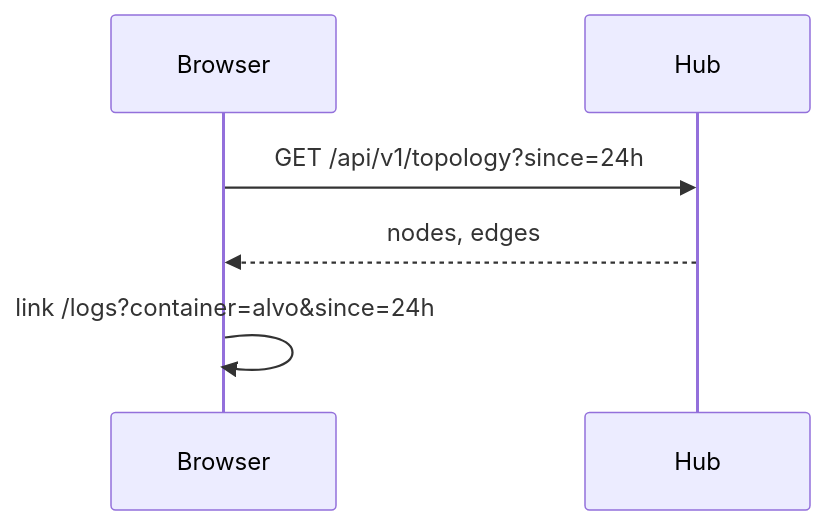
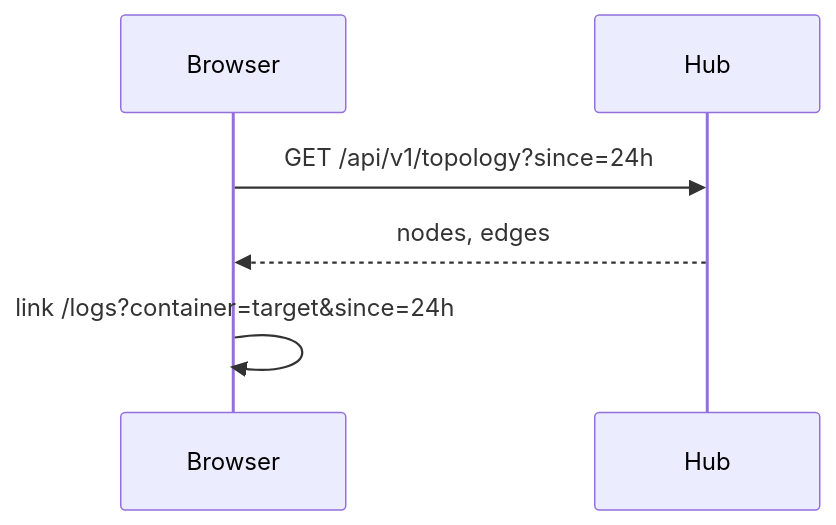
One commit to HarryRaddatz/argus-observability changed the third of 4 diagrams in docs/flows/ui-panel.md. Above: the diagram before and after it, drawn with Mermaid. The commit also changed other lines of this file and 89 other files, not shown here.

````diff
--- a/docs/flows/ui-panel.md
+++ b/docs/flows/ui-panel.md
@@ -95,9 +95,9 @@
 ```mermaid
 sequenceDiagram
   participant Browser
   participant Hub
 
   Browser->>Hub: GET /api/v1/topology?since=24h
   Hub-->>Browser: nodes, edges
-  Browser->>Browser: link /logs?container=alvo&since=24h
+  Browser->>Browser: link /logs?container=target&since=24h
 ```
````
